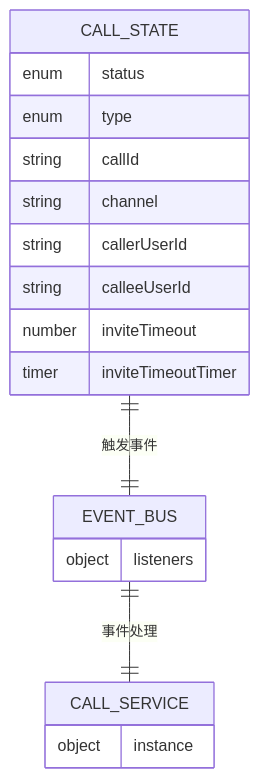
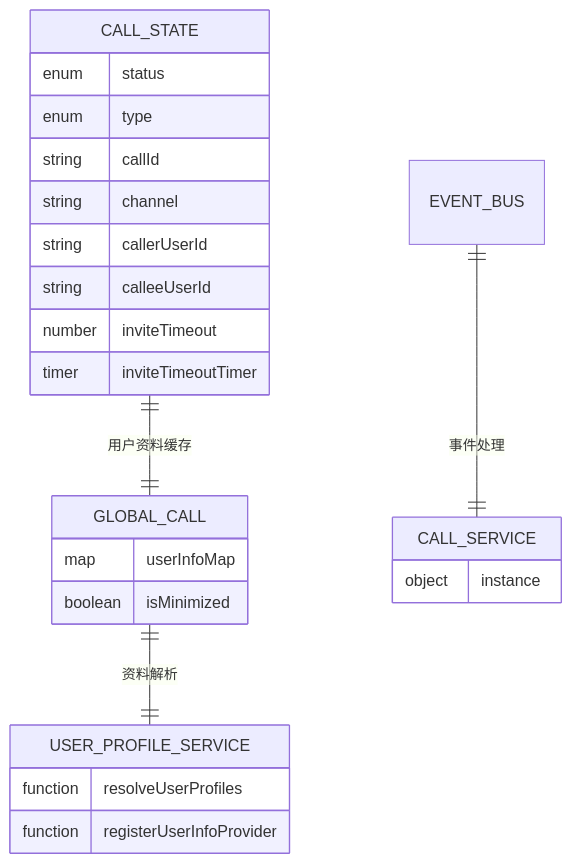
Before and after one commit to Easemob-Community/easemob-uikit-callkit-vue3: diagram 11 of 11 in .qoder/repowiki/zh/content/组合式 API/通话控制 API.md, drawn with Mermaid. The commit also changed other lines of this file and 58 other files, not shown here.

````diff
--- a/.qoder/repowiki/zh/content/组合式 API/通话控制 API.md
+++ b/.qoder/repowiki/zh/content/组合式 API/通话控制 API.md
@@ -608,21 +788,27 @@
 ```mermaid
 erDiagram
 CALL_STATE {
 enum status
 enum type
 string callId
 string channel
 string callerUserId
 string calleeUserId
 number inviteTimeout
 timer inviteTimeoutTimer
 }
-EVENT_BUS {
-object listeners
+GLOBAL_CALL {
+map userInfoMap
+boolean isMinimized
+}
+USER_PROFILE_SERVICE {
+function resolveUserProfiles
+function registerUserInfoProvider
 }
 CALL_SERVICE {
 object instance
 }
-CALL_STATE ||--|| EVENT_BUS : "触发事件"
+CALL_STATE ||--|| GLOBAL_CALL : "用户资料缓存"
+GLOBAL_CALL ||--|| USER_PROFILE_SERVICE : "资料解析"
 EVENT_BUS ||--|| CALL_SERVICE : "事件处理"
 ```
````
